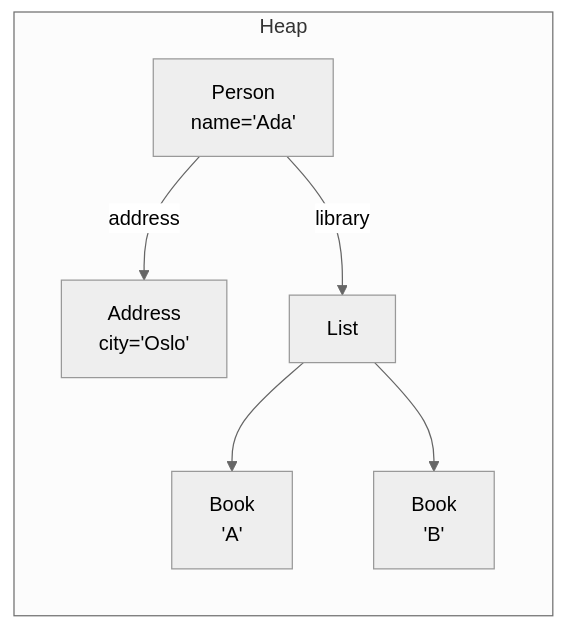
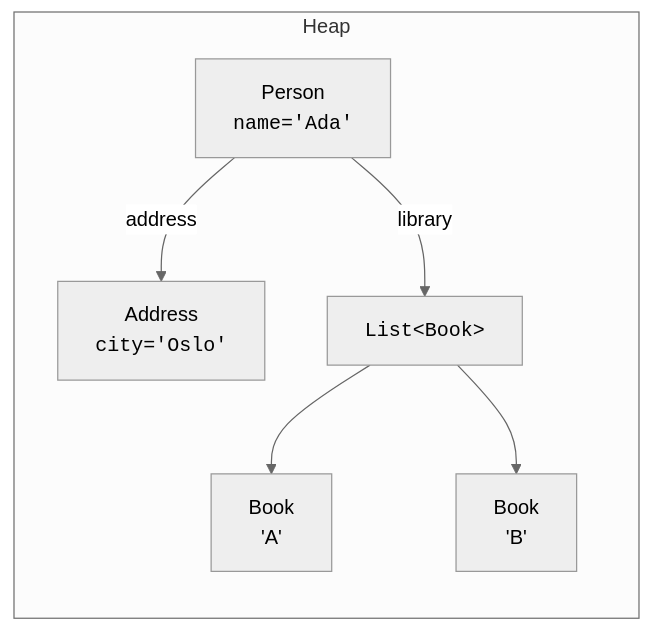
One commit to dataslope/dataslope changed the seventh of 7 diagrams in content/learn/oop-blueprint-java/objects-in-memory.mdx. Above: the diagram before and after it, drawn with Mermaid (neutral theme). The commit also changed other lines of this file and 218 other files, not shown here.

First line of the commit message:
Render code-only mermaid shapes in monospace; convert step sequences to Steps (#467)

````diff
--- a/content/learn/oop-blueprint-java/objects-in-memory.mdx
+++ b/content/learn/oop-blueprint-java/objects-in-memory.mdx
@@ -282,14 +282,14 @@
 ```mermaid
 flowchart LR
     subgraph Heap
-      P["Person<br/>name='Ada'"]
-      A["Address<br/>city='Oslo'"]
-      L["List<Book>"]
+      P["Person<br/><code>name='Ada'</code>"]
+      A["Address<br/><code>city='Oslo'</code>"]
+      L["<code>List&lt;Book&gt;</code>"]
       B1["Book<br/>'A'"]
       B2["Book<br/>'B'"]
     end
     P -->|address| A
     P -->|library| L
     L --> B1
     L --> B2
 ```
````
